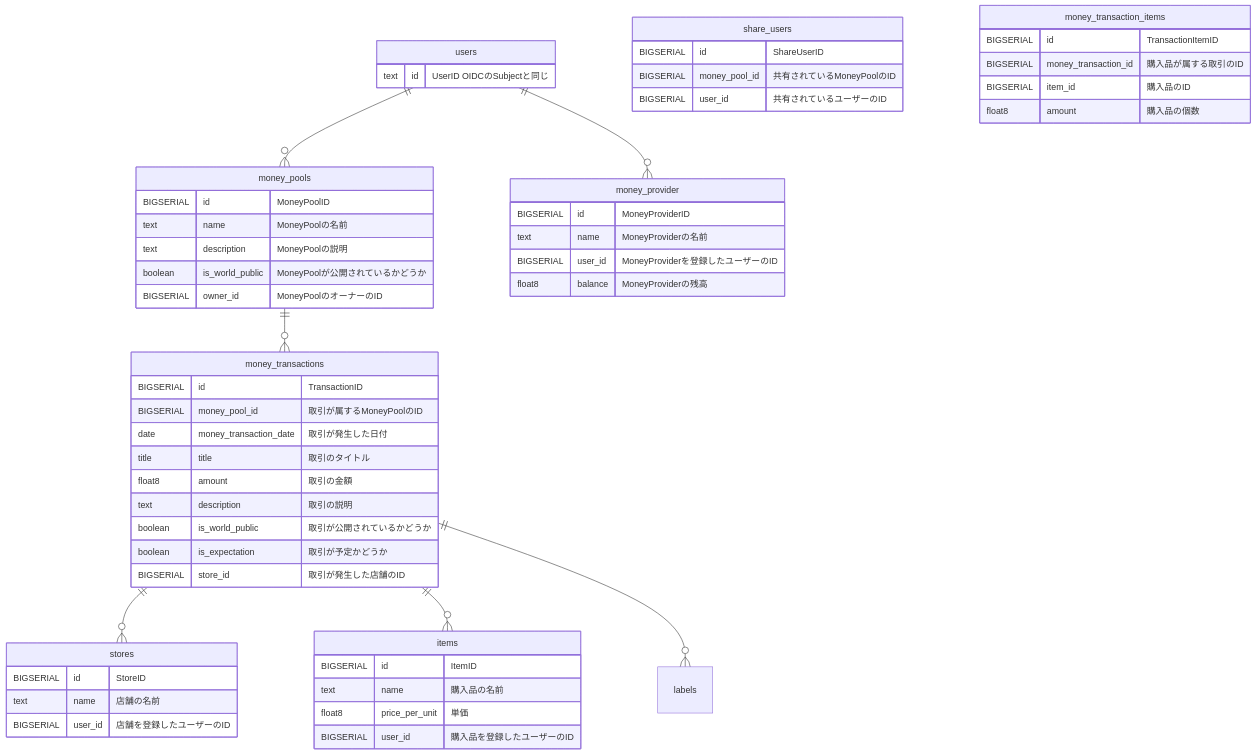
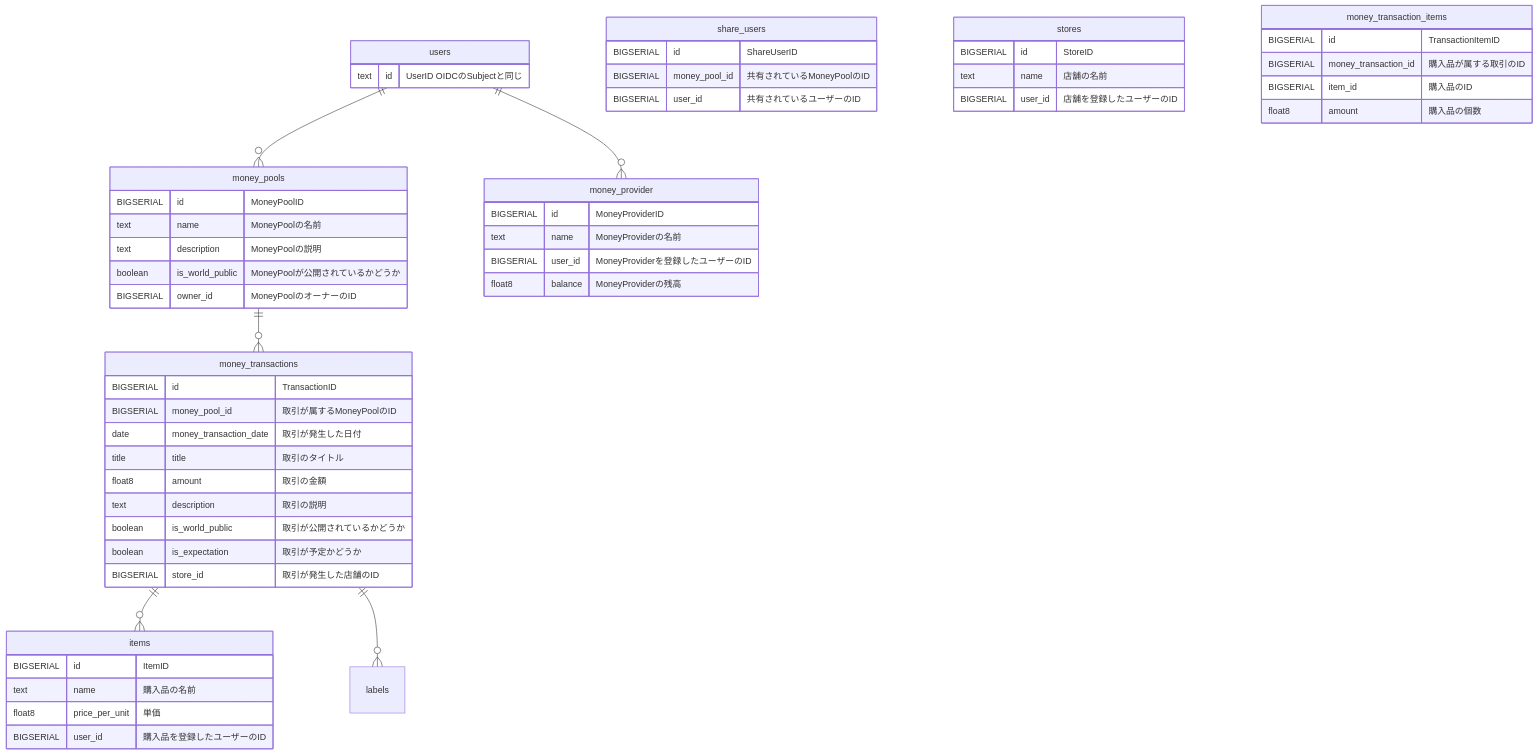
One commit to walnuts1018/OpenChokin changed the diagram in back/readme.md. Above: the diagram before and after it, drawn with Mermaid.

````diff
--- a/back/readme.md
+++ b/back/readme.md
@@ -1,66 +1,65 @@
 ```mermaid
 erDiagram
   users ||--o{ money_pools : ""
   money_pools ||--o{ money_transactions : ""
-  money_transactions ||--o{ stores : ""
   money_transactions ||--o{ items : ""
   money_transactions ||--o{labels: ""
   users ||--o{ money_provider : ""
 
   users {
     text id "UserID OIDCのSubjectと同じ"
   }
 
   money_pools {
     BIGSERIAL id "MoneyPoolID"
     text name "MoneyPoolの名前"
     text description "MoneyPoolの説明"
     boolean is_world_public "MoneyPoolが公開されているかどうか"
     BIGSERIAL owner_id "MoneyPoolのオーナーのID"
   }
 
   share_users {
     BIGSERIAL id "ShareUserID"
     BIGSERIAL money_pool_id "共有されているMoneyPoolのID"
     BIGSERIAL user_id "共有されているユーザーのID"
   }
 
   money_transactions {
     BIGSERIAL id "TransactionID"
     BIGSERIAL money_pool_id "取引が属するMoneyPoolのID"
     date money_transaction_date "取引が発生した日付"
     title title "取引のタイトル"
     float8 amount "取引の金額"
     text description "取引の説明"
     boolean is_world_public "取引が公開されているかどうか"
     boolean is_expectation "取引が予定かどうか"
     BIGSERIAL store_id "取引が発生した店舗のID"
   }
 
   stores {
     BIGSERIAL id "StoreID"
     text name "店舗の名前"
     BIGSERIAL user_id "店舗を登録したユーザーのID"
   }
 
   items {
     BIGSERIAL id "ItemID"
     text name "購入品の名前"
     float8 price_per_unit "単価"
     BIGSERIAL user_id "購入品を登録したユーザーのID"
   }
 
   money_transaction_items {
     BIGSERIAL id "TransactionItemID"
     BIGSERIAL money_transaction_id "購入品が属する取引のID"
     BIGSERIAL item_id "購入品のID"
     float8 amount "購入品の個数"
   }
 
   money_provider {
     BIGSERIAL id "MoneyProviderID"
     text name "MoneyProviderの名前"
     BIGSERIAL user_id "MoneyProviderを登録したユーザーのID"
     float8 balance "MoneyProviderの残高"
   }
 ```
````
